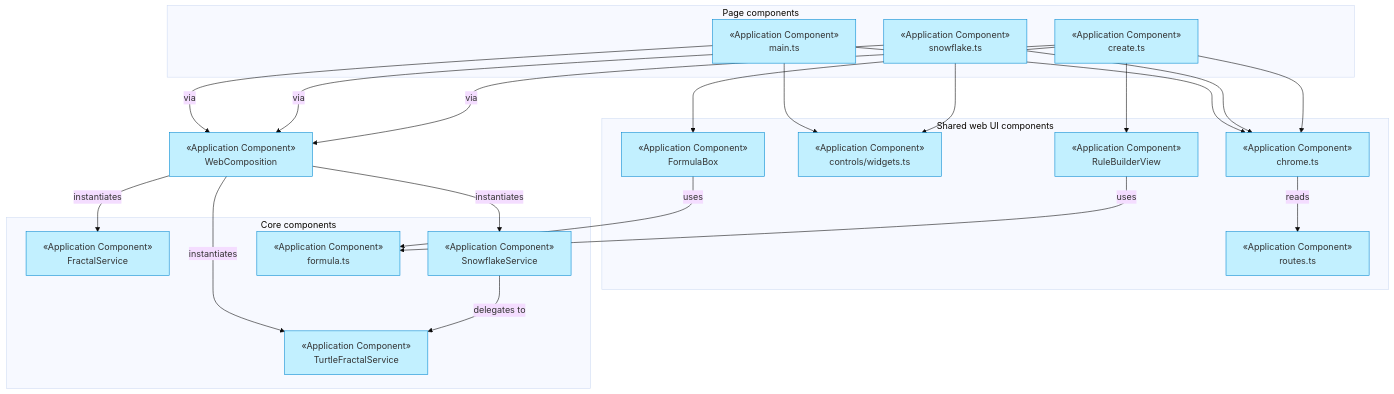
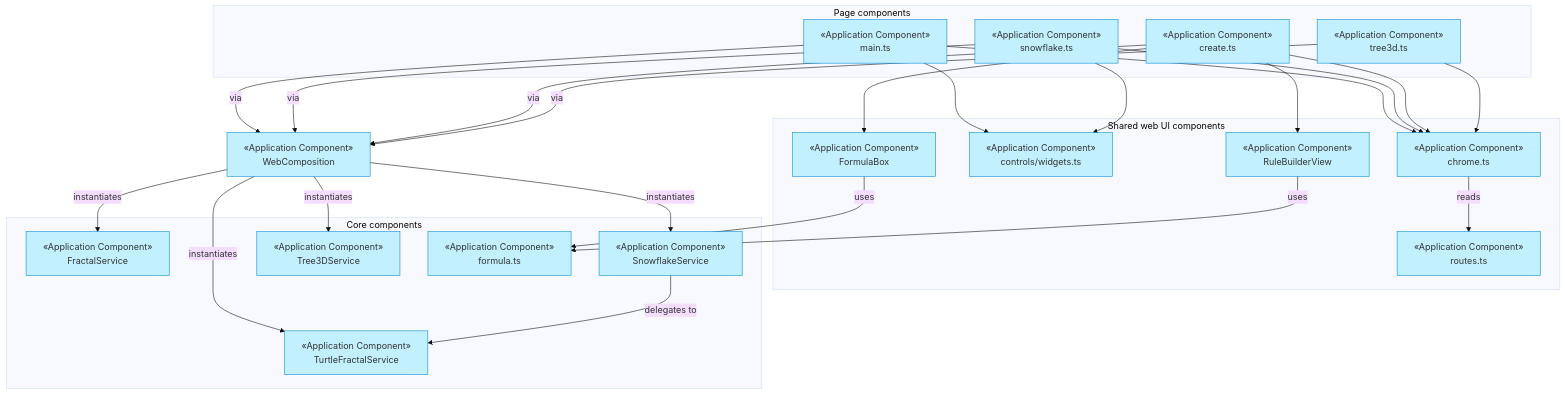
One commit to roanboc/fractal-tree-generator changed the diagram in docs/ea/4_application/2_application-components.md. Above: the diagram before and after it, drawn with Mermaid (base theme). The commit also changed other lines of this file and 42 other files, not shown here.

````diff
--- a/docs/ea/4_application/2_application-components.md
+++ b/docs/ea/4_application/2_application-components.md
@@ -63,45 +67,50 @@
 ```mermaid
 flowchart TB
   subgraph pages["Page components"]
     createp["«Application Component»<br>create.ts"]:::application
     snowp["«Application Component»<br>snowflake.ts"]:::application
     genp["«Application Component»<br>main.ts"]:::application
+    t3dp["«Application Component»<br>tree3d.ts"]:::application
   end
 
   subgraph ui["Shared web UI components"]
     chrome["«Application Component»<br>chrome.ts"]:::application
     routes["«Application Component»<br>routes.ts"]:::application
     widgets["«Application Component»<br>controls/widgets.ts"]:::application
     fbox["«Application Component»<br>FormulaBox"]:::application
     rbuild["«Application Component»<br>RuleBuilderView"]:::application
   end
 
   subgraph coreC["Core components"]
     fs["«Application Component»<br>FractalService"]:::application
     ts["«Application Component»<br>TurtleFractalService"]:::application
     sf["«Application Component»<br>SnowflakeService"]:::application
+    t3d["«Application Component»<br>Tree3DService"]:::application
     formula["«Application Component»<br>formula.ts"]:::application
   end
 
   comp["«Application Component»<br>WebComposition"]:::application
 
   chrome -->|reads| routes
   genp --> chrome
   snowp --> chrome
   createp --> chrome
+  t3dp --> chrome
   genp -->|via| comp
   snowp -->|via| comp
   createp -->|via| comp
+  t3dp -->|via| comp
   comp -->|instantiates| fs
   comp -->|instantiates| ts
   comp -->|instantiates| sf
+  comp -->|instantiates| t3d
   sf -->|delegates to| ts
   createp --> fbox
   createp --> rbuild
   fbox -->|uses| formula
   rbuild -->|uses| formula
   genp --> widgets
   snowp --> widgets
 
   classDef application fill:#c2f0ff,stroke:#0288d1,color:#333
 ```
````
